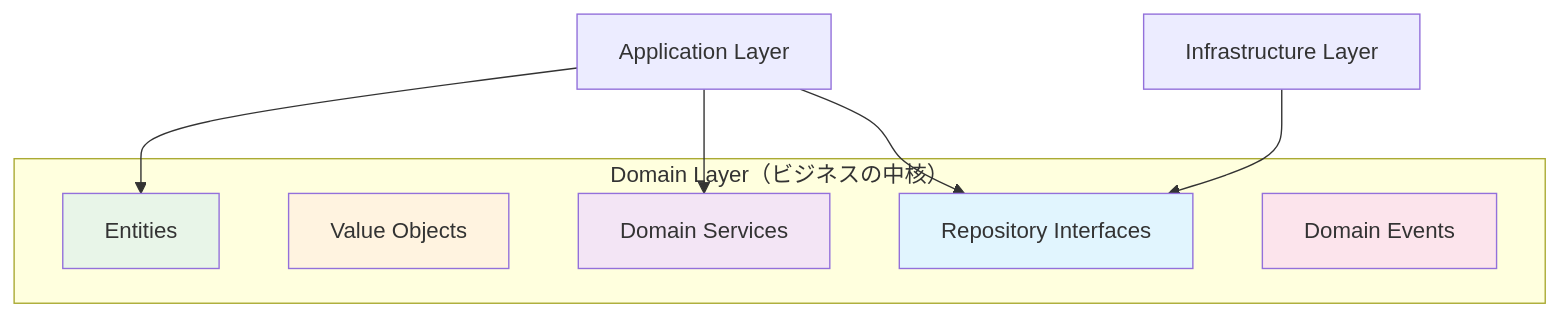
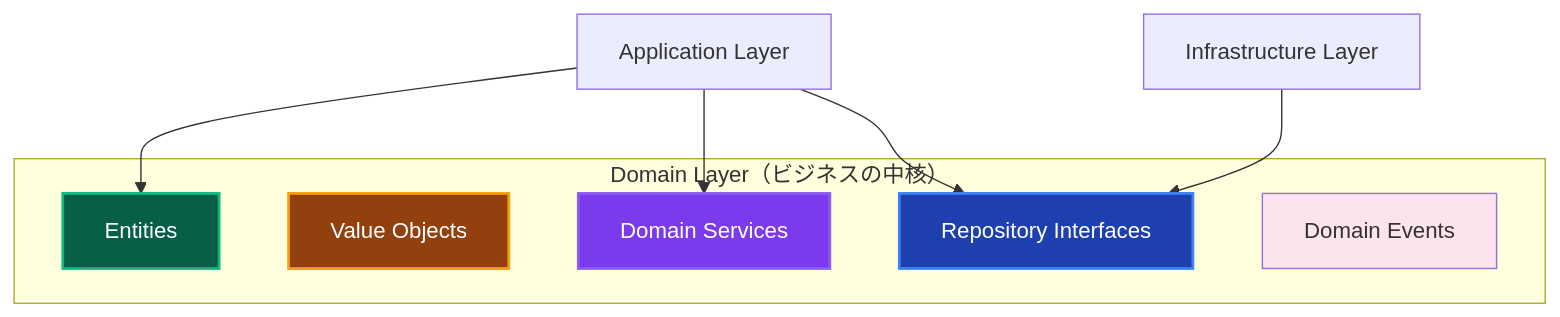
The first of 2 diagrams in _DOCS/guides/ddd/layers/domain-layer.md (derushio/d-next-ddd-example), drawn with Mermaid before and after one commit. The commit also changed other lines of this file and 31 other files, not shown here.

Commit message:
🎨: DOCSのMermaid図表カラーテーマを暗色に統一し視認性を向上

````diff
--- a/_DOCS/guides/ddd/layers/domain-layer.md
+++ b/_DOCS/guides/ddd/layers/domain-layer.md
@@ -11,22 +11,22 @@
 ```mermaid
 graph TD
     subgraph "Domain Layer（ビジネスの中核）"
         ENTITY[Entities]
         VO[Value Objects]
         DS[Domain Services]
         REPO[Repository Interfaces]
         DOMAIN_EVENT[Domain Events]
     end
     
     APP[Application Layer] --> ENTITY
     APP --> DS
     APP --> REPO
     
     INFRA[Infrastructure Layer] --> REPO
     
-    style ENTITY fill:#e8f5e8
-    style VO fill:#fff3e0
-    style DS fill:#f3e5f5
-    style REPO fill:#e1f5fe
+    style ENTITY fill:#065f46,stroke:#10b981,stroke-width:2px,color:#ffffff
+    style VO fill:#92400e,stroke:#f59e0b,stroke-width:2px,color:#ffffff
+    style DS fill:#7c3aed,stroke:#8b5cf6,stroke-width:2px,color:#ffffff
+    style REPO fill:#1e40af,stroke:#3b82f6,stroke-width:2px,color:#ffffff
     style DOMAIN_EVENT fill:#fce4ec
 ```
````
